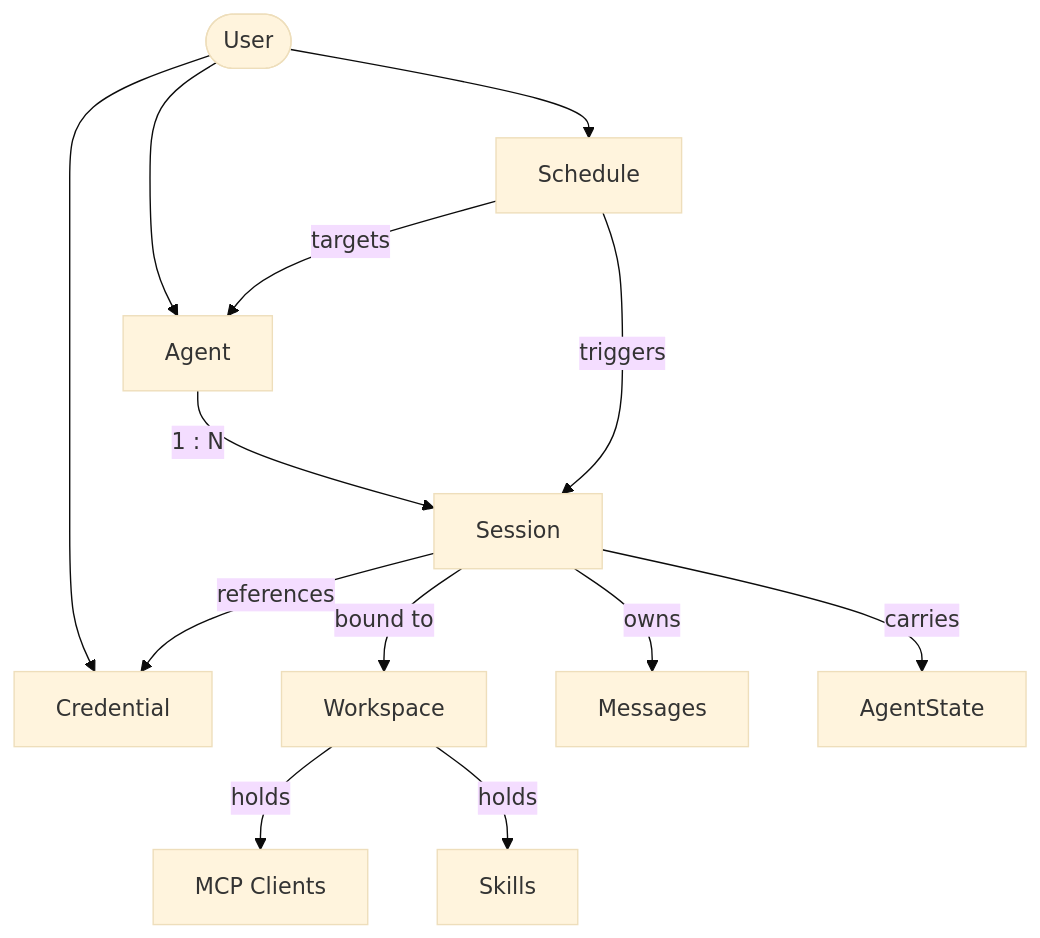
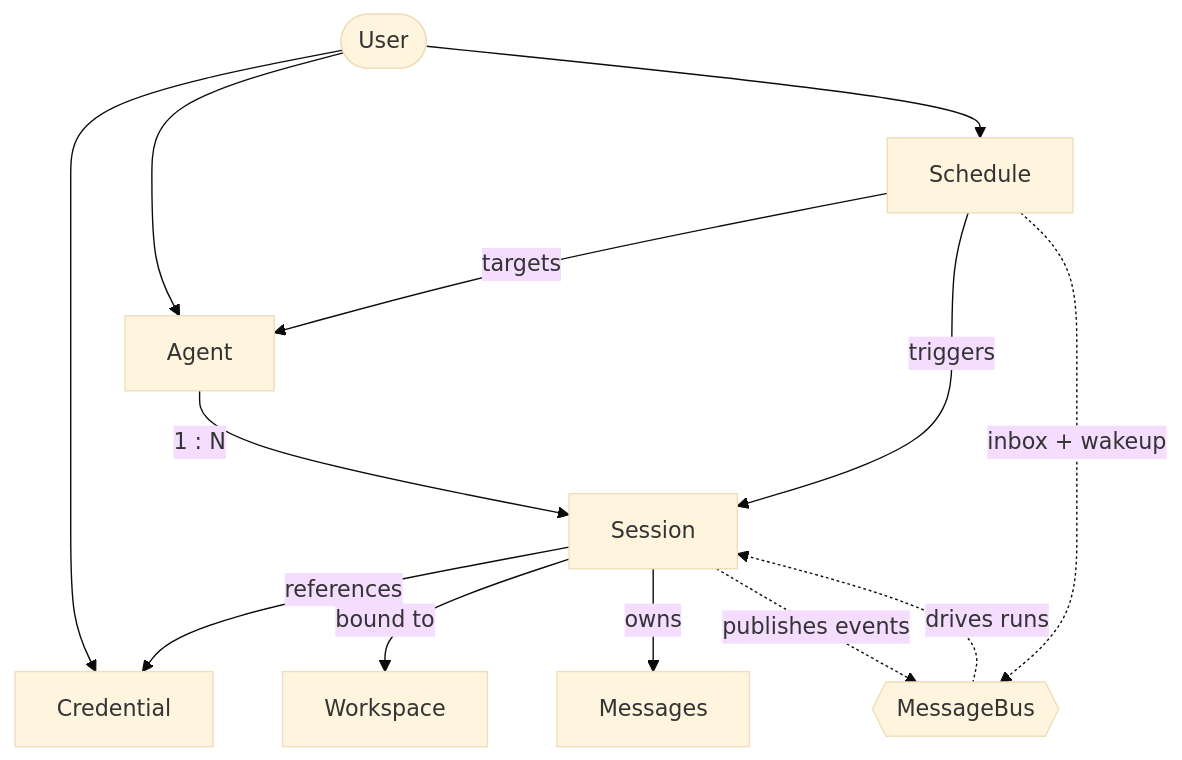
The first of 2 diagrams in v2/deploy/agent-service.mdx (Osier-Yi/docs), drawn with Mermaid (base theme) before and after one commit. The commit also changed other lines of this file and 22 other files, not shown here.

````diff
--- a/v2/deploy/agent-service.mdx
+++ b/v2/deploy/agent-service.mdx
@@ -40,20 +292,21 @@
 ```mermaid
 flowchart TB
     User([User])
 
     User --> Cred[Credential]
     User --> Agent[Agent]
     User --> Sched[Schedule]
 
     Agent -- "1 : N" --> Session[Session]
     Session -- "references" --> Cred
     Session -- "bound to" --> WS[Workspace]
     Session -- "owns" --> Msg[Messages]
-    Session -- "carries" --> State[AgentState]
 
     Sched -- "targets" --> Agent
     Sched -- "triggers" --> Session
 
-    WS -- "holds" --> MCP[MCP Clients]
-    WS -- "holds" --> Skill[Skills]
+    Bus{{MessageBus}}
+    Sched -. "inbox + wakeup" .-> Bus
+    Bus -. "drives runs" .-> Session
+    Session -. "publishes events" .-> Bus
 ```
````
